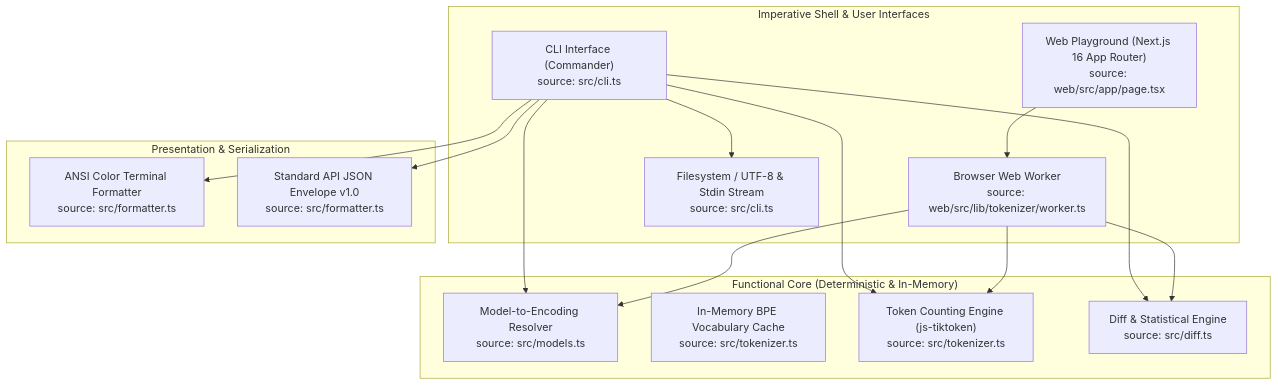
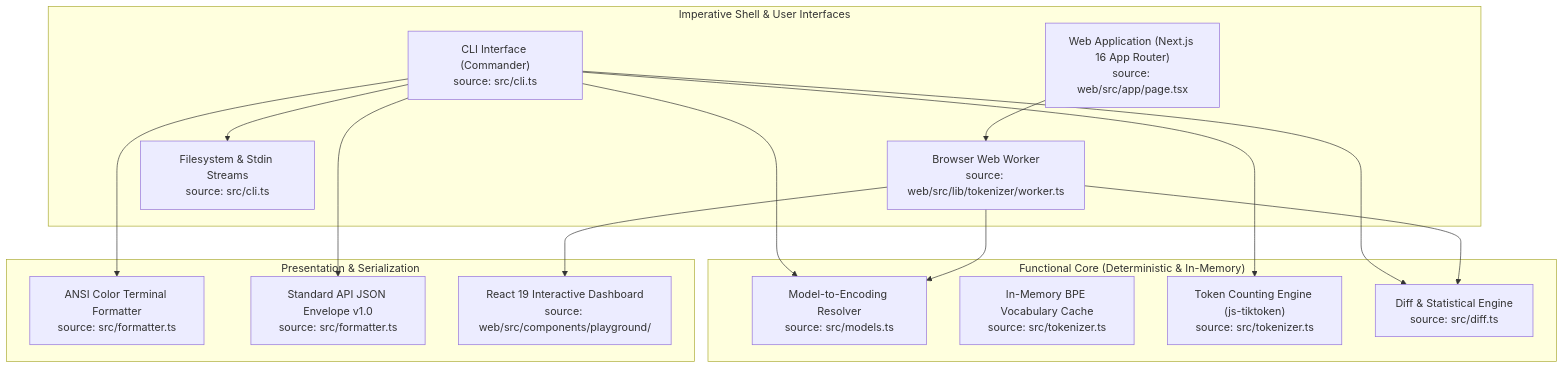
The first of 3 diagrams in docs/02-technical/architecture.md (Khoa180806/token-diff), drawn with Mermaid before and after one commit. The commit also changed other lines of this file and 3 other files, not shown here.

Commit message:
docs(technical): refactor architecture, business flow, api reference, and ADRs

````diff
--- a/docs/02-technical/architecture.md
+++ b/docs/02-technical/architecture.md
@@ -11,33 +11,34 @@
 ```mermaid
 graph TD
     subgraph UI_And_Shell["Imperative Shell & User Interfaces"]
         CLI["CLI Interface (Commander)<br/>source: src/cli.ts"]
-        WEB["Web Playground (Next.js 16 App Router)<br/>source: web/src/app/page.tsx"]
+        WEB["Web Application (Next.js 16 App Router)<br/>source: web/src/app/page.tsx"]
         WORKER["Browser Web Worker<br/>source: web/src/lib/tokenizer/worker.ts"]
-        FS["Filesystem / UTF-8 & Stdin Stream<br/>source: src/cli.ts"]
+        FS["Filesystem & Stdin Streams<br/>source: src/cli.ts"]
     end
 
     subgraph Core_Engine["Functional Core (Deterministic & In-Memory)"]
         RESOLVER["Model-to-Encoding Resolver<br/>source: src/models.ts"]
         BPE_CACHE["In-Memory BPE Vocabulary Cache<br/>source: src/tokenizer.ts"]
         TOKENIZER["Token Counting Engine (js-tiktoken)<br/>source: src/tokenizer.ts"]
         DIFF["Diff & Statistical Engine<br/>source: src/diff.ts"]
     end
 
     subgraph Presentation_Layer["Presentation & Serialization"]
         TABULAR["ANSI Color Terminal Formatter<br/>source: src/formatter.ts"]
         ENVELOPE["Standard API JSON Envelope v1.0<br/>source: src/formatter.ts"]
+        WEB_VIEW["React 19 Interactive Dashboard<br/>source: web/src/components/playground/"]
     end
 
     CLI --> FS
     CLI --> RESOLVER
     CLI --> TOKENIZER
     CLI --> DIFF
     CLI --> TABULAR
     CLI --> ENVELOPE
 
     WEB --> WORKER
     WORKER --> RESOLVER
-    WORKER --> TOKENIZER
     WORKER --> DIFF
+    WORKER --> WEB_VIEW
 ```
````
